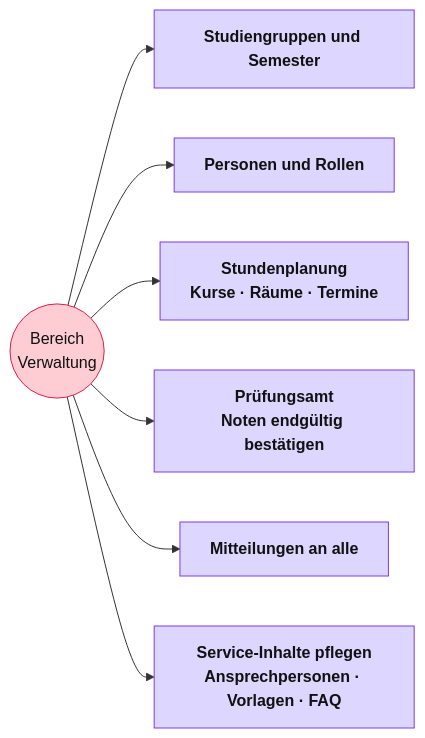
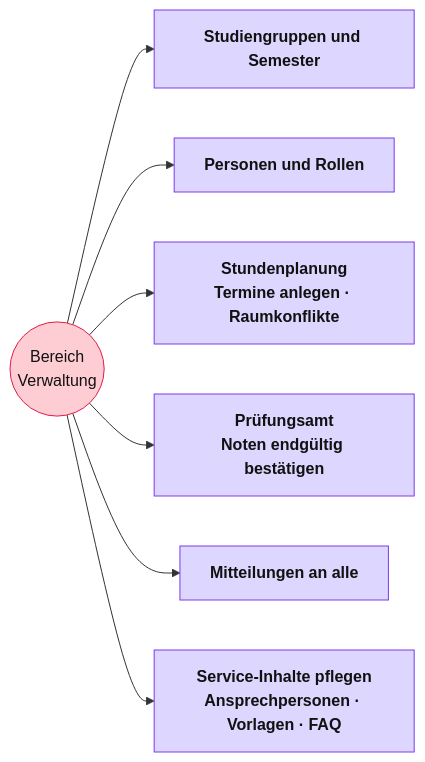
One commit to thimostender/Online-Campus changed the diagram in sitemap-verwaltung.mmd. Above: the diagram before and after it, drawn with Mermaid. The commit also changed 24 other files, not shown here.

Commit message:
Module nach Modulstruktur BWL (B.A.), Studienverlauf mit Wahlfach, Hilfe-Assistent mit Textauslese der Lehrmaterialien, echte Dateien und ZIP, Termine anlegen mit Raumkonflikt-Pruefung, Bewerten ab Fristende

```diff
--- a/sitemap-verwaltung.mmd
+++ b/sitemap-verwaltung.mmd
@@ -1,13 +1,13 @@
 flowchart LR
   V(("Bereich<br/>Verwaltung"))
   V --> V1["Studiengruppen und Semester"]
   V --> V2["Personen und Rollen"]
-  V --> V3["Stundenplanung<br/>Kurse · Räume · Termine"]
+  V --> V3["Stundenplanung<br/>Termine anlegen · Raumkonflikte"]
   V --> V4["Prüfungsamt<br/>Noten endgültig bestätigen"]
   V --> V5["Mitteilungen an alle"]
   V --> V6["Service-Inhalte pflegen<br/>Ansprechpersonen · Vorlagen · FAQ"]
   classDef root fill:#fecdd3,stroke:#e11d48,color:#111
   classDef main fill:#ddd6fe,stroke:#7c3aed,color:#111,font-weight:bold
   classDef fn fill:#dcfce7,stroke:#16a34a,color:#111
   class V root
   class V1,V2,V3,V4,V5,V6 main
```
